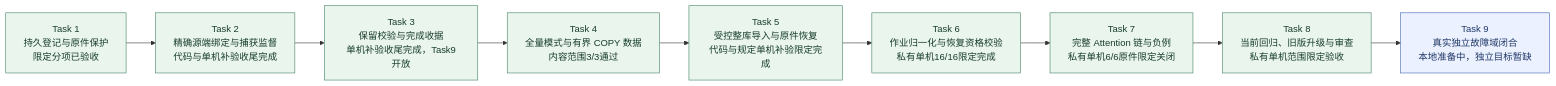
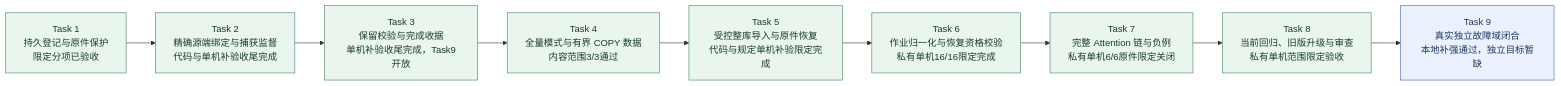
One commit to MansurnamedZhang/learning-system-p0c4 changed the second of 9 diagrams in docs/KnowWeave实施路线与系统架构.md. Above: the diagram before and after it, drawn with Mermaid. The commit also changed other lines of this file and 10 other files, not shown here.

````diff
--- a/docs/KnowWeave实施路线与系统架构.md
+++ b/docs/KnowWeave实施路线与系统架构.md
@@ -80,25 +80,25 @@
 ```mermaid
 flowchart LR
     C4T1["Task 1<br/>持久登记与原件保护<br/>限定分项已验收"]
     C4T2["Task 2<br/>精确源端绑定与捕获监督<br/>代码与单机补验收尾完成"]
     C4T3["Task 3<br/>保留校验与完成收据<br/>单机补验收尾完成，Task9开放"]
     C4T4["Task 4<br/>全量模式与有界 COPY 数据<br/>内容范围3/3通过"]
     C4T5["Task 5<br/>受控整库导入与原件恢复<br/>代码与规定单机补验限定完成"]
     C4T6["Task 6<br/>作业归一化与恢复资格校验<br/>私有单机16/16限定完成"]
     C4T7["Task 7<br/>完整 Attention 链与负例<br/>私有单机6/6原件限定关闭"]
     C4T8["Task 8<br/>当前回归、旧版升级与审查<br/>私有单机范围限定验收"]
-    C4T9["Task 9<br/>真实独立故障域闭合<br/>本地准备中，独立目标暂缺"]
+    C4T9["Task 9<br/>真实独立故障域闭合<br/>本地补强通过，独立目标暂缺"]
     C4T1 --> C4T2
     C4T2 --> C4T3
     C4T3 --> C4T4
     C4T4 --> C4T5
     C4T5 --> C4T6
     C4T6 --> C4T7
     C4T7 --> C4T8
     C4T8 --> C4T9
     class C4T1,C4T2,C4T3,C4T4,C4T5,C4T6,C4T7,C4T8 done
     class C4T9 next
     classDef done fill:#eaf5ee,stroke:#438363,color:#173d2b
     classDef next fill:#ebf1ff,stroke:#4365b4,color:#203866
     classDef planned fill:#f2f4f8,stroke:#8591a3,color:#28354b
 ```
````
